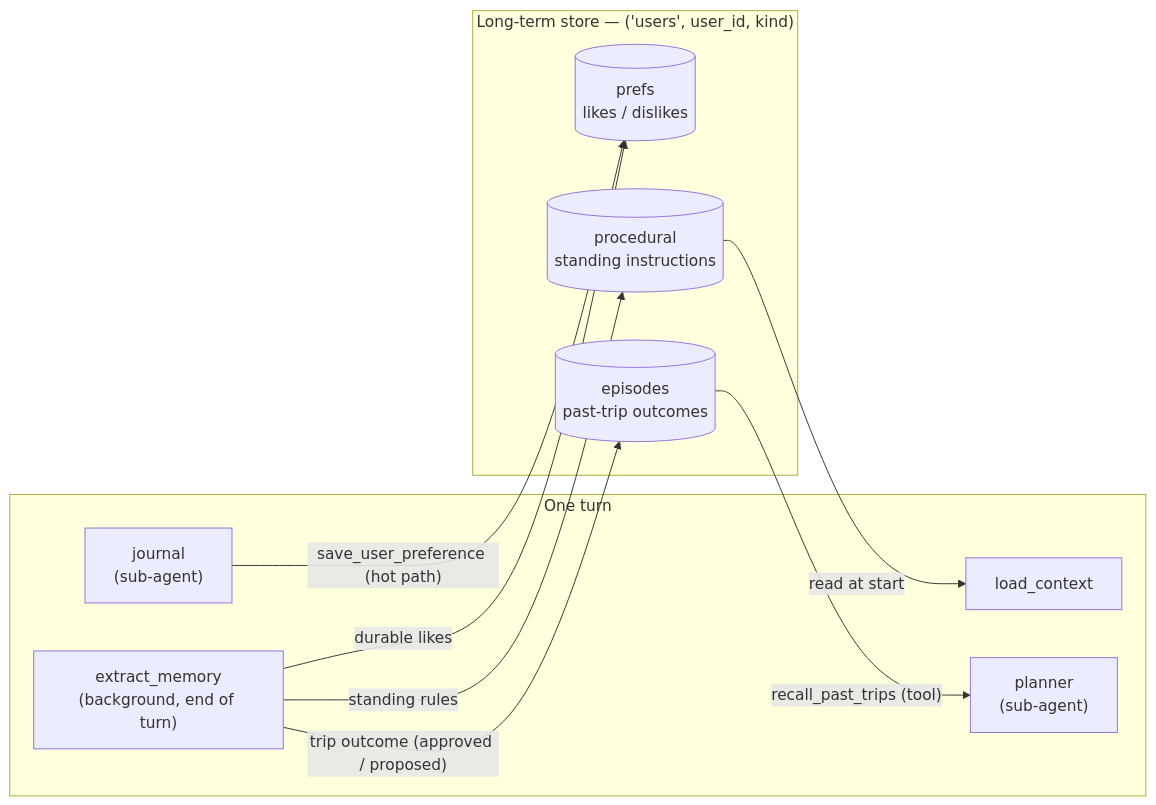
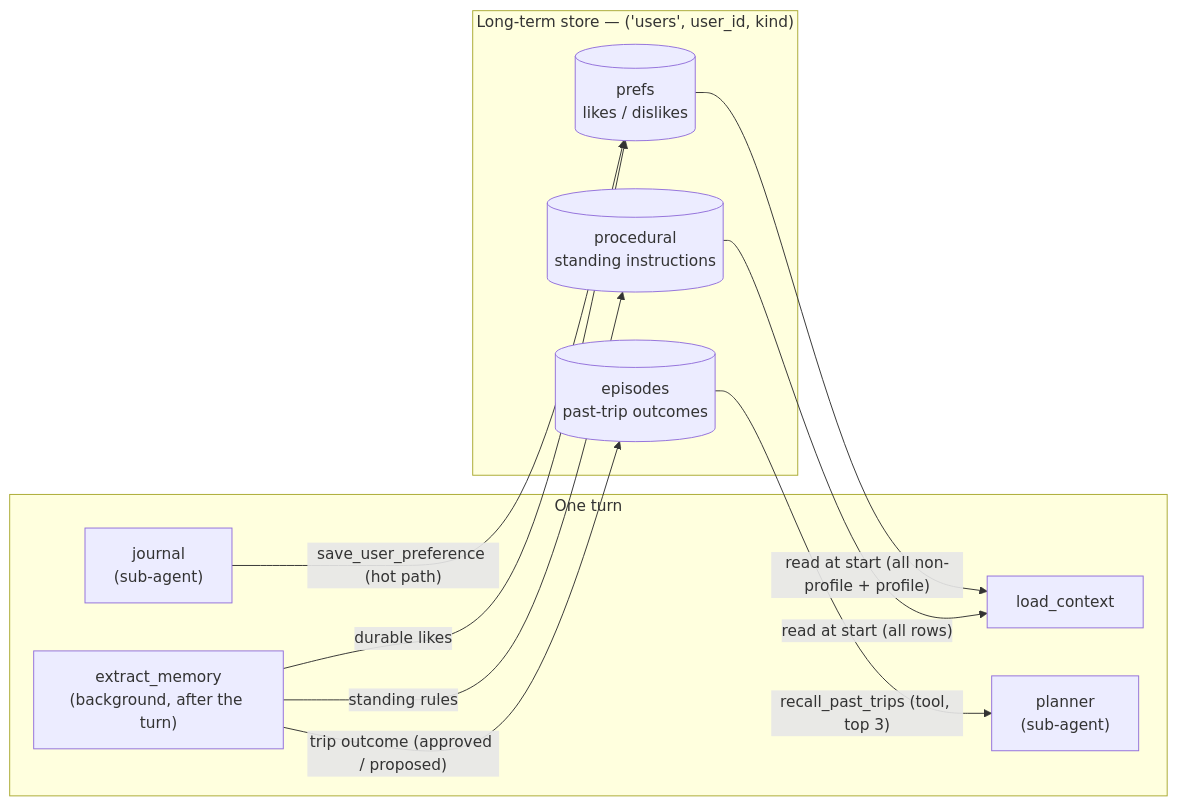
One commit to minhtran3124/travel-pi changed the third of 5 diagrams in WORKFLOW_DIAGRAM.md. Above: the diagram before and after it, drawn with Mermaid. The commit also changed other lines of this file and 11 other files, not shown here.

````diff
--- a/WORKFLOW_DIAGRAM.md
+++ b/WORKFLOW_DIAGRAM.md
@@ -119,25 +135,26 @@
 ```mermaid
 flowchart LR
     subgraph Turn["One turn"]
         Load["load_context"]
         Planner["planner<br/>(sub-agent)"]
         Journal["journal<br/>(sub-agent)"]
-        Ext["extract_memory<br/>(background, end of turn)"]
+        Ext["extract_memory<br/>(background, after the turn)"]
     end
 
     subgraph Store["Long-term store — ('users', user_id, kind)"]
         Prefs[("prefs<br/>likes / dislikes")]
         Proc[("procedural<br/>standing instructions")]
         Epi[("episodes<br/>past-trip outcomes")]
     end
 
     %% reads
-    Proc -->|"read at start"| Load
-    Epi  -->|"recall_past_trips (tool)"| Planner
+    Proc -->|"read at start (all rows)"| Load
+    Prefs -->|"read at start (all non-profile + profile)"| Load
+    Epi  -->|"recall_past_trips (tool, top 3)"| Planner
 
     %% writes
     Journal -->|"save_user_preference (hot path)"| Prefs
     Ext -->|"durable likes"| Prefs
     Ext -->|"standing rules"| Proc
     Ext -->|"trip outcome (approved / proposed)"| Epi
 ```
````
